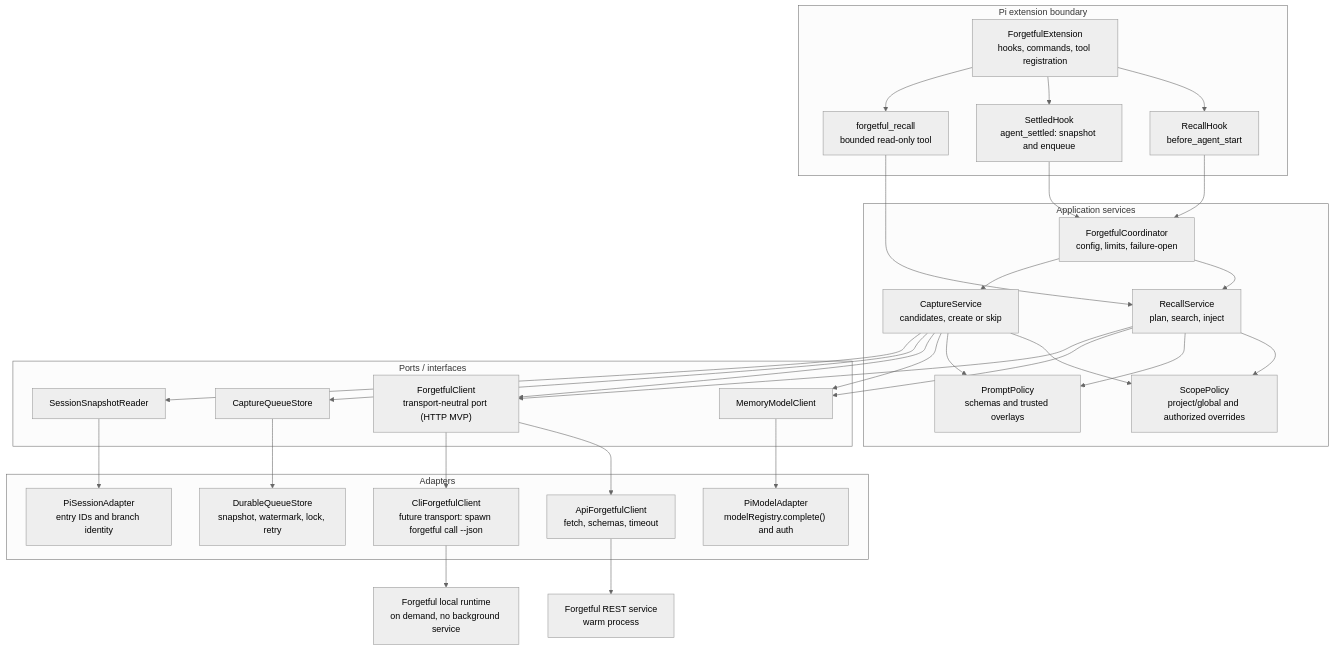
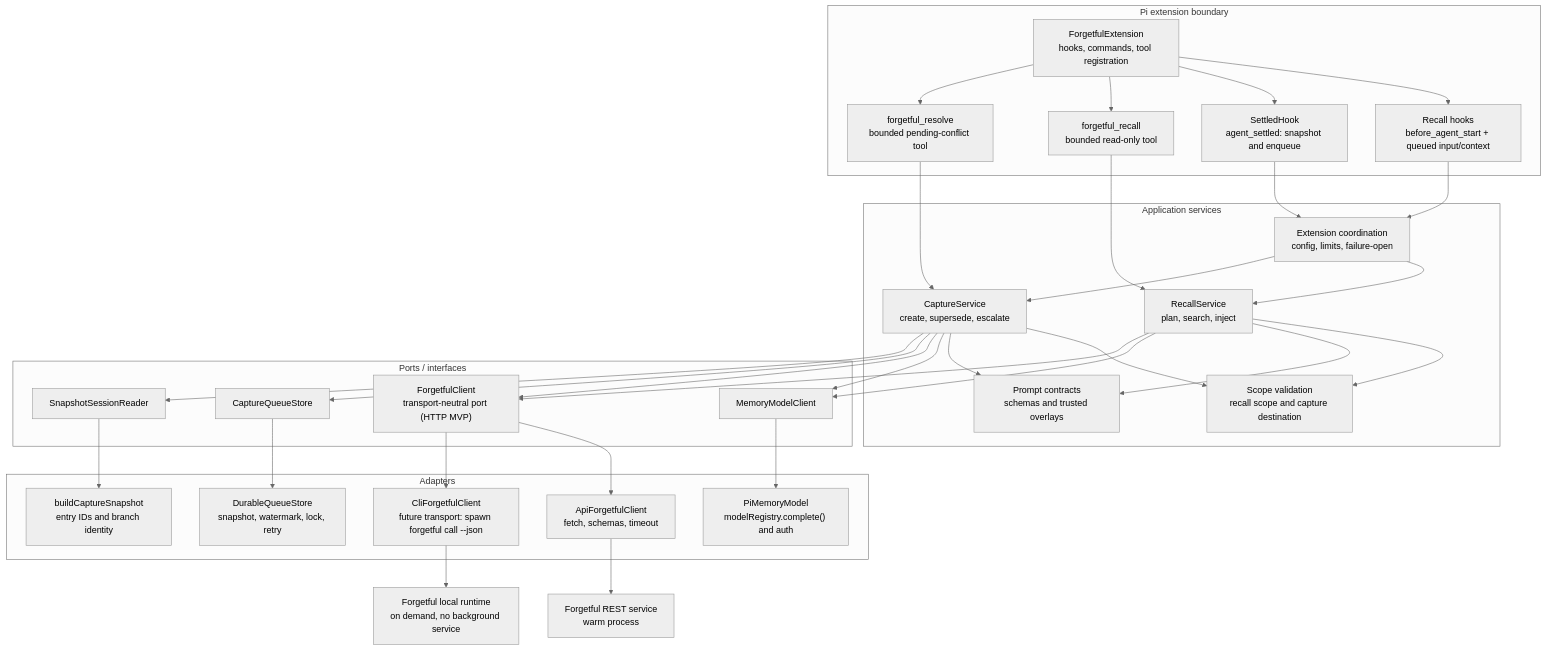
One commit to ScottRBK/pi-forgetful-extension changed the diagram in AGENTS.md. Above: the diagram before and after it, drawn with Mermaid (neutral theme). The commit also changed other lines of this file and 33 other files, not shown here.

Commit message:
feat: implement automatic Forgetful memory extension

````diff
--- a/AGENTS.md
+++ b/AGENTS.md
@@ -24,58 +31,61 @@
 ```mermaid
 flowchart TB
   subgraph PI["Pi extension boundary"]
     E["ForgetfulExtension\nhooks, commands, tool registration"]
-    R["RecallHook\nbefore_agent_start"]
+    R["Recall hooks\nbefore_agent_start + queued input/context"]
     S["SettledHook\nagent_settled: snapshot and enqueue"]
     T["forgetful_recall\nbounded read-only tool"]
+    U["forgetful_resolve\nbounded pending-conflict tool"]
     E --> R
     E --> S
     E --> T
+    E --> U
   end
 
   subgraph CORE["Application services"]
-    C["ForgetfulCoordinator\nconfig, limits, failure-open"]
+    C["Extension coordination\nconfig, limits, failure-open"]
     RS["RecallService\nplan, search, inject"]
-    CS["CaptureService\ncandidates, create or skip"]
-    SP["ScopePolicy\nproject/global and authorized overrides"]
-    PP["PromptPolicy\nschemas and trusted overlays"]
+    CS["CaptureService\ncreate, supersede, escalate"]
+    SP["Scope validation\nrecall scope and capture destination"]
+    PP["Prompt contracts\nschemas and trusted overlays"]
     C --> RS
     C --> CS
     RS --> SP
     RS --> PP
     CS --> SP
     CS --> PP
   end
 
   subgraph PORTS["Ports / interfaces"]
     MM["MemoryModelClient"]
     FM["ForgetfulClient\ntransport-neutral port (HTTP MVP)"]
     QS["CaptureQueueStore"]
-    SR["SessionSnapshotReader"]
+    SR["SnapshotSessionReader"]
   end
 
   subgraph ADAPTERS["Adapters"]
-    PM["PiModelAdapter\nmodelRegistry.complete() and auth"]
+    PM["PiMemoryModel\nmodelRegistry.complete() and auth"]
     API["ApiForgetfulClient\nfetch, schemas, timeout"]
     CLI["CliForgetfulClient\nfuture transport: spawn forgetful call --json"]
     DS["DurableQueueStore\nsnapshot, watermark, lock, retry"]
-    PS["PiSessionAdapter\nentry IDs and branch identity"]
+    PS["buildCaptureSnapshot\nentry IDs and branch identity"]
   end
 
   R --> C
   S --> C
   T --> RS
+  U --> CS
   RS --> MM
   RS --> FM
   CS --> MM
   CS --> FM
   CS --> QS
   CS --> SR
   MM --> PM
   FM --> API
   FM --> CLI
   QS --> DS
   SR --> PS
   API --> REST["Forgetful REST service\nwarm process"]
   CLI --> LOCAL["Forgetful local runtime\non demand, no background service"]
 ```
````
